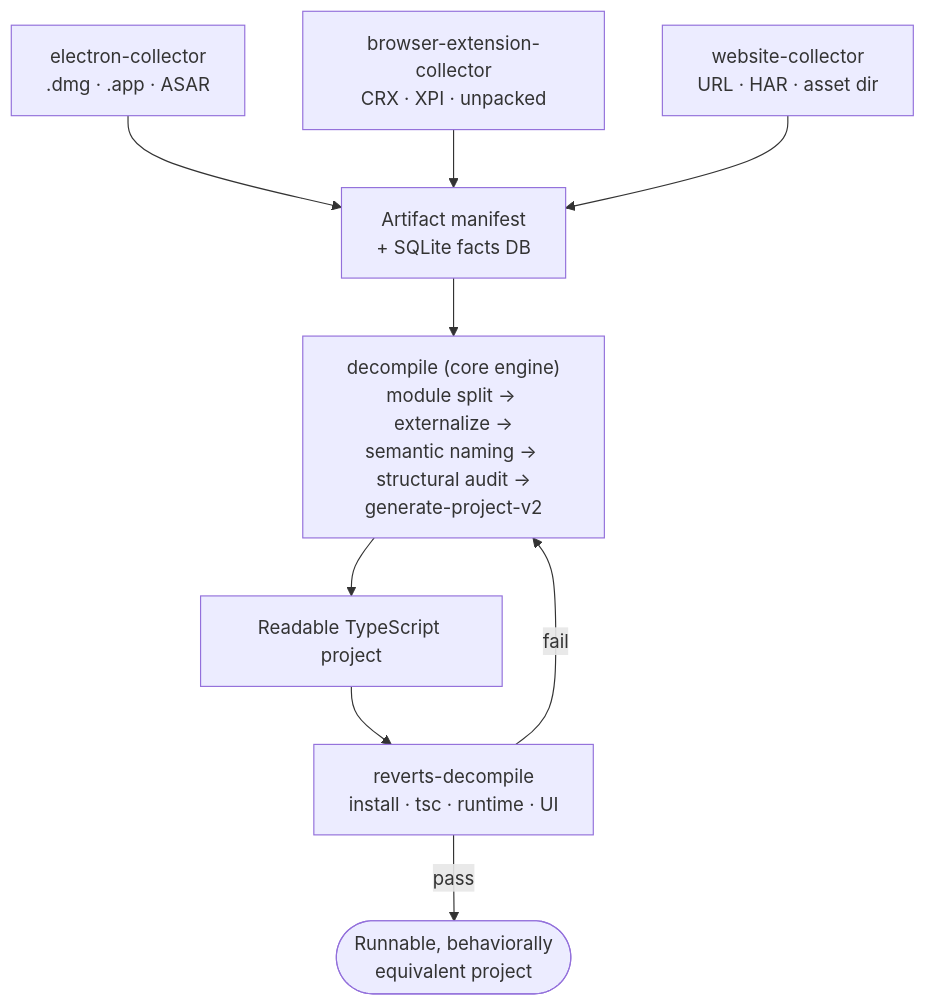
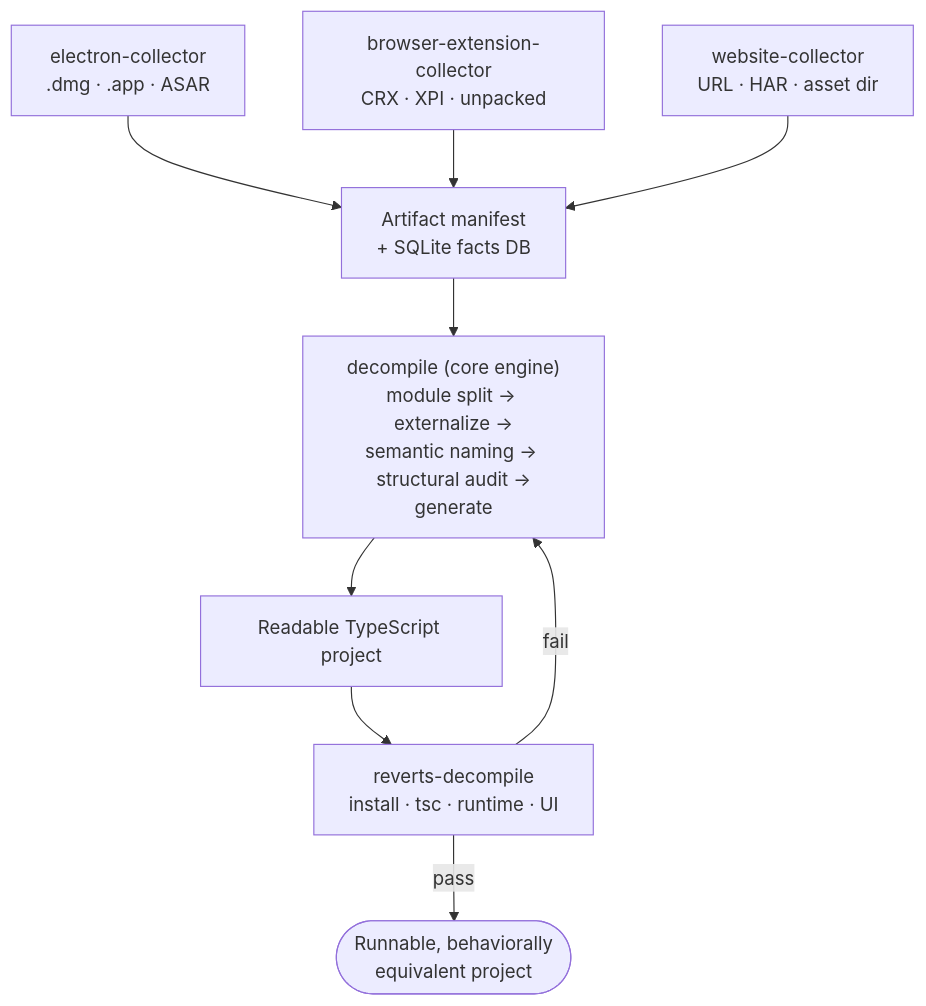
One commit to chaizhenhua/reverts changed the diagram in skills/README.md. Above: the diagram before and after it, drawn with Mermaid. The commit also changed 21 other files, not shown here.

First line of the commit message:
♻️ refactor(cli): rename generate-project-v2 → generate (alias kept)

````diff
--- a/skills/README.md
+++ b/skills/README.md
@@ -49,21 +49,21 @@
 ```mermaid
 flowchart TD
     E["electron-collector<br/>.dmg · .app · ASAR"]
     B["browser-extension-collector<br/>CRX · XPI · unpacked"]
     W["website-collector<br/>URL · HAR · asset dir"]
 
     E --> M
     B --> M
     W --> M
     M["Artifact manifest<br/>+ SQLite facts DB"]
 
     M --> D
-    D["decompile (core engine)<br/>module split → externalize →<br/>semantic naming → structural audit →<br/>generate-project-v2"]
+    D["decompile (core engine)<br/>module split → externalize →<br/>semantic naming → structural audit →<br/>generate"]
 
     D --> P["Readable TypeScript project"]
     P --> V
     V["reverts-decompile<br/>install · tsc · runtime · UI"]
 
     V -->|pass| OK(["Runnable, behaviorally<br/>equivalent project"])
     V -->|fail| D
 ```
````
